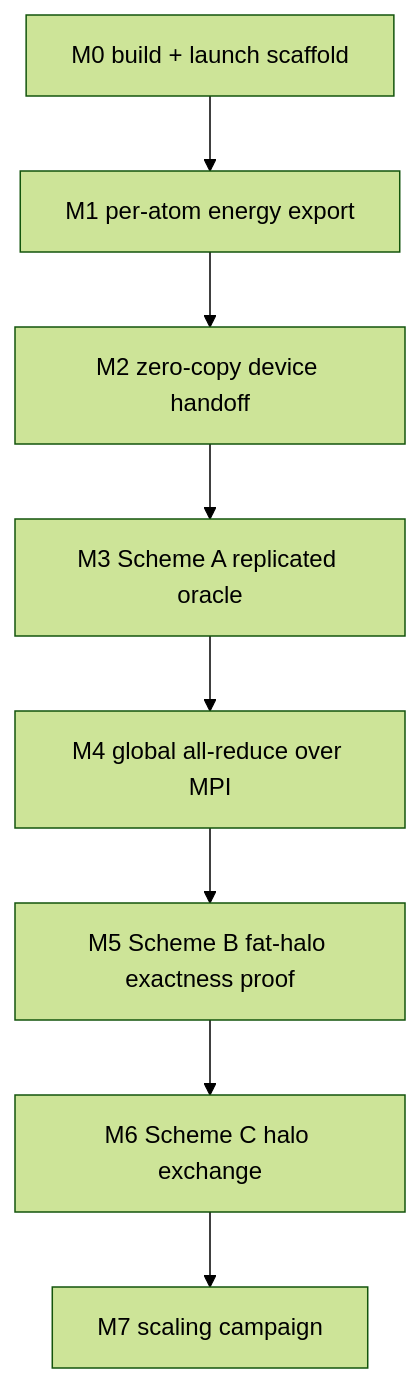
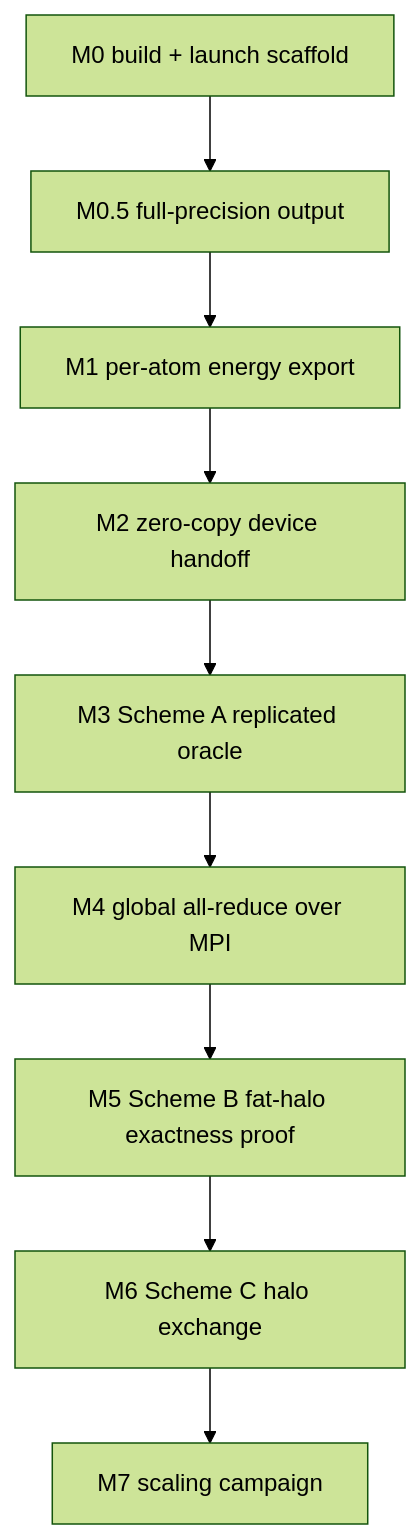
One commit to williamyxl/lammps-uma changed the third of 3 diagrams in src/ML-UMA/uma-engine/docs/multinode_mpi_plan.md. Above: the diagram before and after it, drawn with Mermaid (forest theme). The commit also changed other lines of this file, not shown here.

First line of the commit message:
Multi-node plan rev 2: re-anchor on capacity, add precision gate, close open ends.

````diff
--- a/src/ML-UMA/uma-engine/docs/multinode_mpi_plan.md
+++ b/src/ML-UMA/uma-engine/docs/multinode_mpi_plan.md
@@ -273,10 +316,11 @@
 ```mermaid
 flowchart TD
-  M0["M0 build + launch scaffold"] --> M1["M1 per-atom energy export"]
+  M0["M0 build + launch scaffold"] --> M05["M0.5 full-precision output"]
+  M05 --> M1["M1 per-atom energy export"]
   M1 --> M2["M2 zero-copy device handoff"]
   M2 --> M3["M3 Scheme A replicated oracle"]
   M3 --> M4["M4 global all-reduce over MPI"]
   M4 --> M5["M5 Scheme B fat-halo exactness proof"]
   M5 --> M6["M6 Scheme C halo exchange"]
   M6 --> M7["M7 scaling campaign"]
 ```
````
